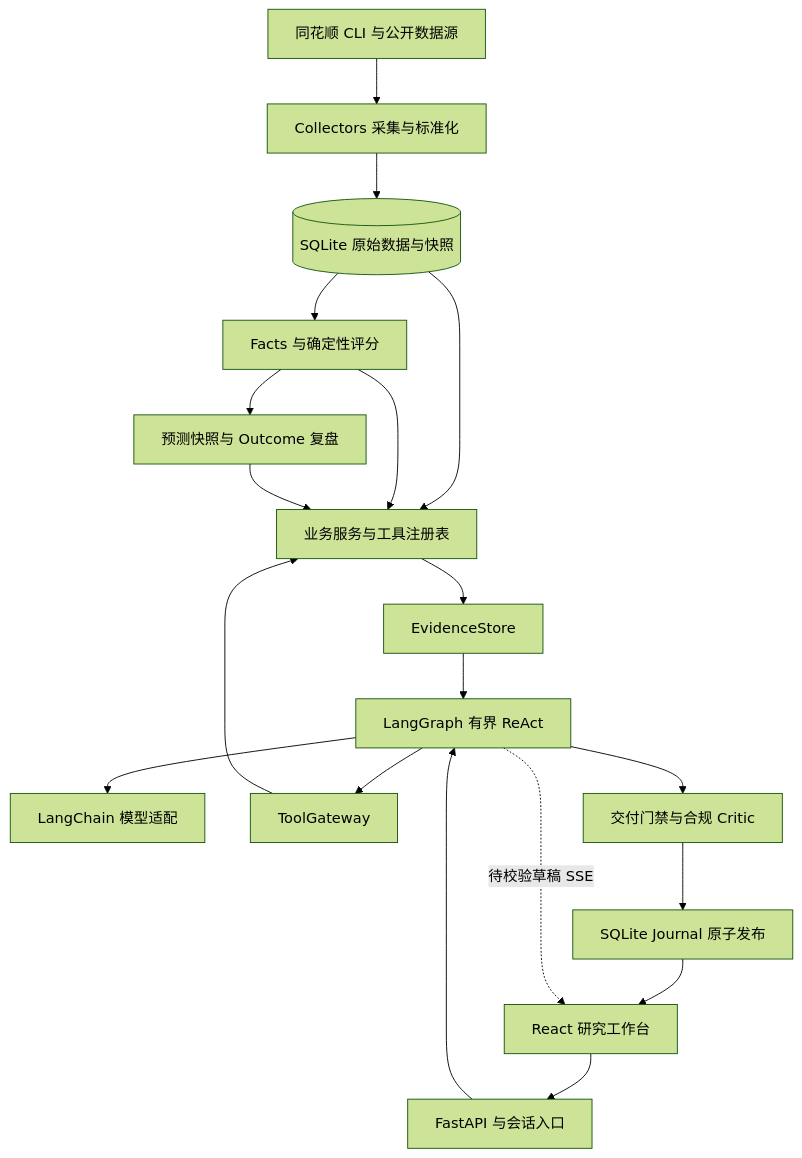
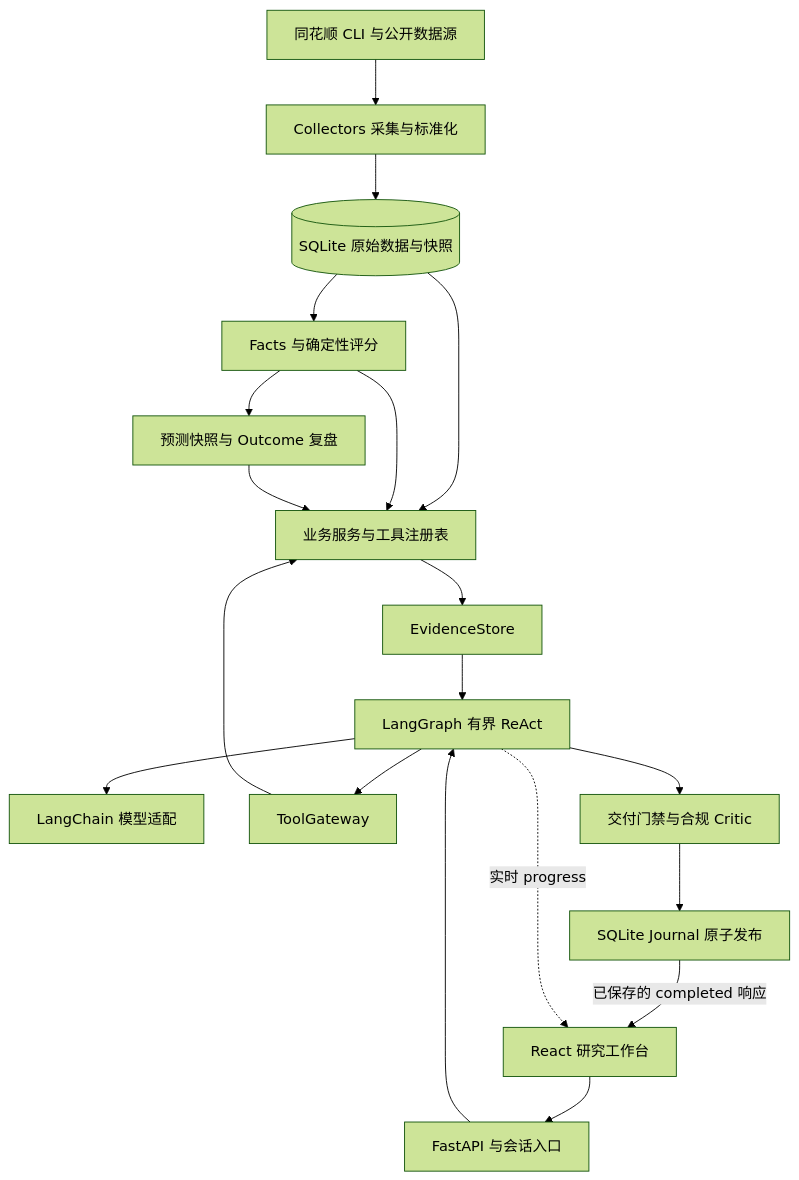
One commit to bibofu/LimitUpLab changed the first of 2 diagrams in docs/Project_Implementation_Interview_Guide.md. Above: the diagram before and after it, drawn with Mermaid (forest theme). The commit also changed other lines of this file and 12 other files, not shown here.

````diff
--- a/docs/Project_Implementation_Interview_Guide.md
+++ b/docs/Project_Implementation_Interview_Guide.md
@@ -96,21 +96,21 @@
 ```mermaid
 flowchart TD
     S[同花顺 CLI 与公开数据源] --> C[Collectors 采集与标准化]
     C --> D[(SQLite 原始数据与快照)]
     D --> F[Facts 与确定性评分]
     F --> P[预测快照与 Outcome 复盘]
     D --> B[业务服务与工具注册表]
     F --> B
     P --> B
     U[React 研究工作台] --> A[FastAPI 与会话入口]
     A --> R[LangGraph 有界 ReAct]
     R --> L[LangChain 模型适配]
     R --> G[ToolGateway]
     G --> B
     B --> E[EvidenceStore]
     E --> R
     R --> V[交付门禁与合规 Critic]
     V --> J[SQLite Journal 原子发布]
-    J --> U
-    R -. 待校验草稿 SSE .-> U
+    J -->|已保存的 completed 响应| U
+    R -. 实时 progress .-> U
 ```
````
